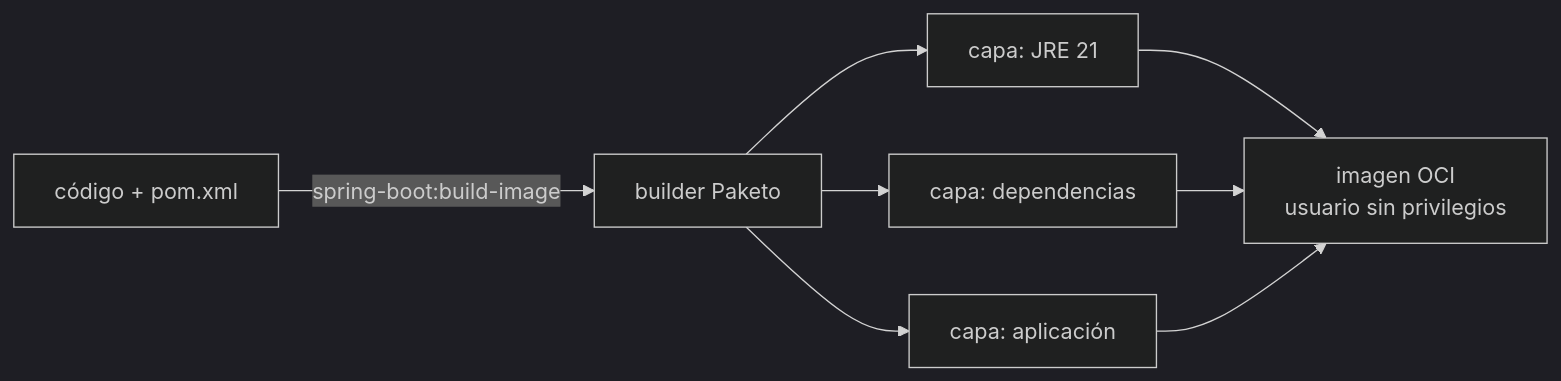
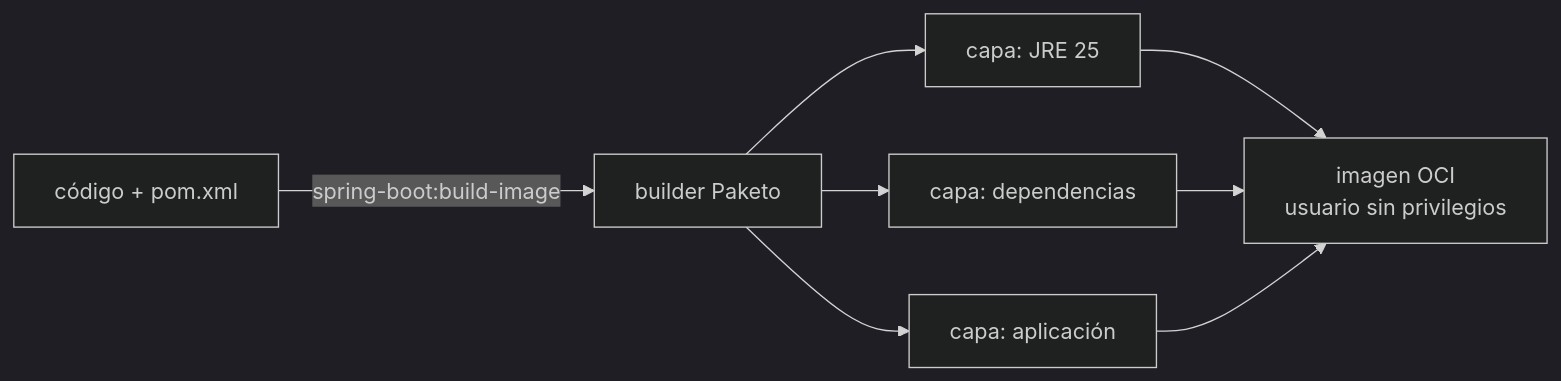
Before and after one commit to NICORUIZ93/The_Imperial_Book: the fourth of 4 diagrams in web/public/content/spring-boot/modulo-11.md, drawn with Mermaid (dark theme). The commit also changed other lines of this file and 78 other files, not shown here.

````diff
--- a/web/public/content/spring-boot/modulo-11.md
+++ b/web/public/content/spring-boot/modulo-11.md
@@ -494,8 +494,8 @@
 ```mermaid
 flowchart LR
     S["código + pom.xml"] -->|"spring-boot:build-image"| B["builder Paketo"]
-    B --> J["capa: JRE 21"]
+    B --> J["capa: JRE 25"]
     B --> D["capa: dependencias"]
     B --> A["capa: aplicación"]
     J & D & A --> I["imagen OCI<br/>usuario sin privilegios"]
 ```
````
